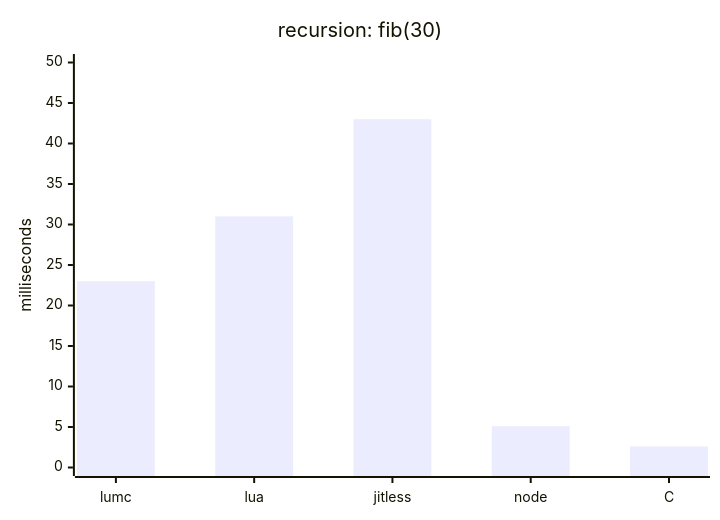
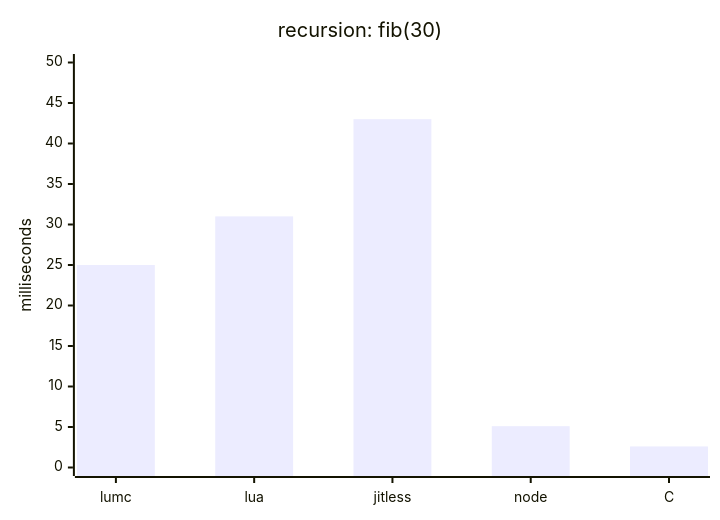
One commit to nem0/LumixEngine changed the first of 4 diagrams in external/lumscript/benchmarks/results.md. Above: the diagram before and after it, drawn with Mermaid. The commit also changed other lines of this file, not shown here.

````diff
--- a/external/lumscript/benchmarks/results.md
+++ b/external/lumscript/benchmarks/results.md
@@ -61,7 +61,7 @@
 ```mermaid
 xychart-beta
     title "recursion: fib(30)"
     x-axis [lumc, lua, jitless, node, C]
     y-axis "milliseconds" 0 --> 50
-    bar [23, 31, 43, 5.1, 2.6]
+    bar [25, 31, 43, 5.1, 2.6]
 ```
````
